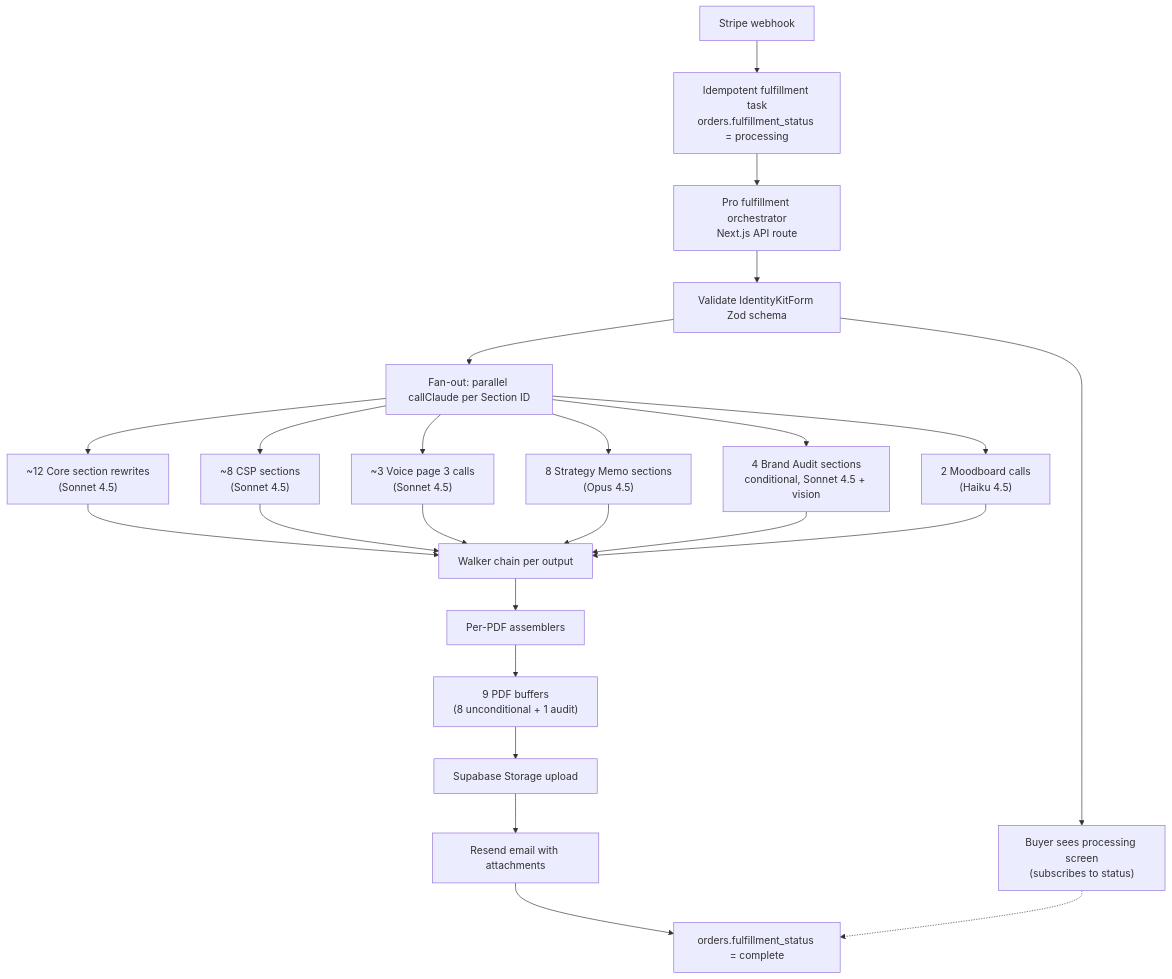
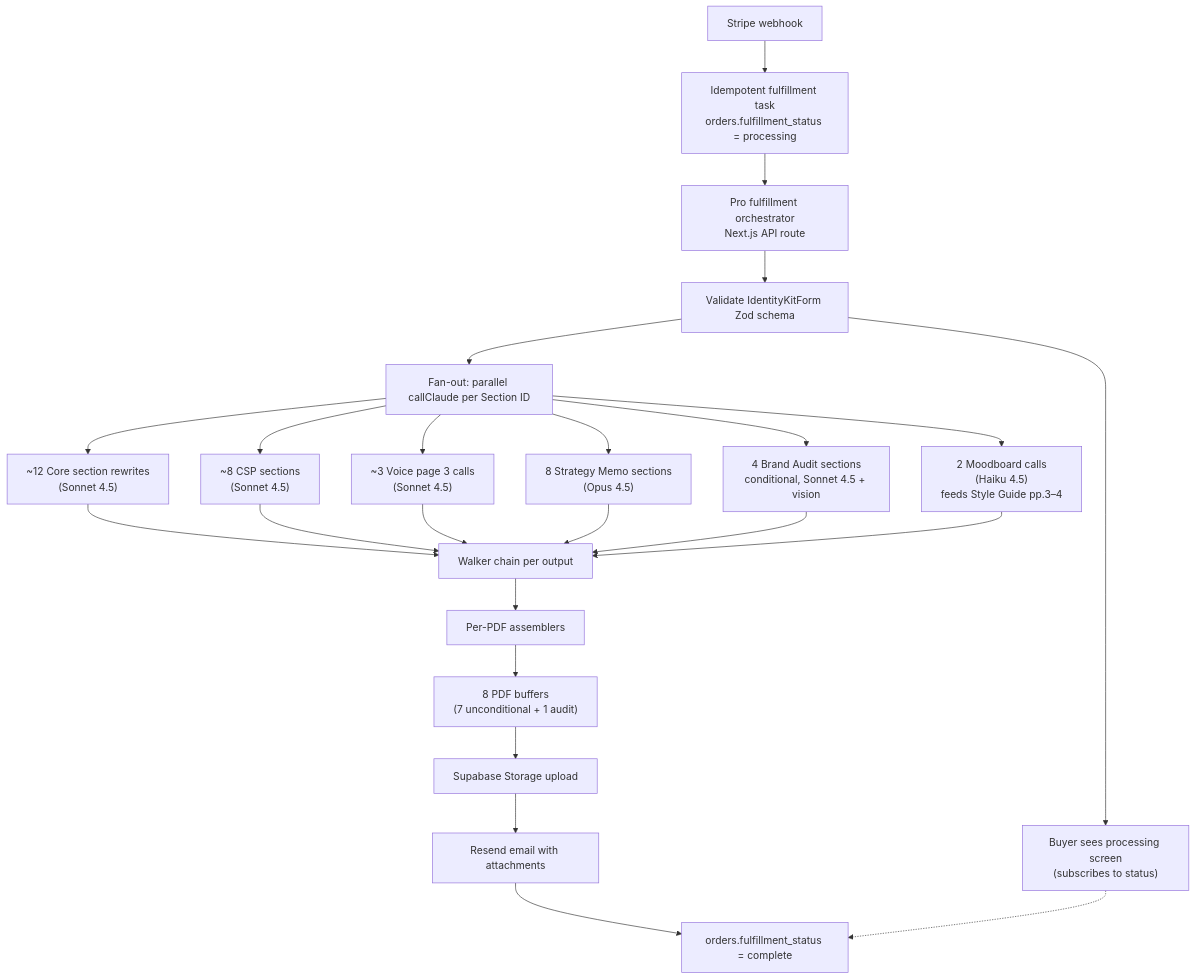
The diagram in docs/research/PRO_FULFILLMENT_ORCHESTRATION.md (harleyfan91/brand-alchemy-identity-kit), drawn with Mermaid before and after one commit. The commit also changed other lines of this file and 5 other files, not shown here.

First line of the commit message:
docs: merge moodboard into Style Guide and lock buyer-selection contract

````diff
--- a/docs/research/PRO_FULFILLMENT_ORCHESTRATION.md
+++ b/docs/research/PRO_FULFILLMENT_ORCHESTRATION.md
@@ -28,30 +28,30 @@
 ```mermaid
 flowchart TD
   Webhook[Stripe webhook] --> Idempotent[Idempotent fulfillment task<br/>orders.fulfillment_status = processing]
   Idempotent --> Orchestrator[Pro fulfillment orchestrator<br/>Next.js API route]
   Orchestrator --> Schema[Validate IdentityKitForm Zod schema]
   Schema --> ProcessingScreen["Buyer sees processing screen<br/>(subscribes to status)"]
   Schema --> FanOut[Fan-out: parallel callClaude per Section ID]
 
   FanOut --> CoreRewrites["~12 Core section rewrites<br/>(Sonnet 4.5)"]
   FanOut --> CSP["~8 CSP sections<br/>(Sonnet 4.5)"]
   FanOut --> Voice3["~3 Voice page 3 calls<br/>(Sonnet 4.5)"]
   FanOut --> Memo["8 Strategy Memo sections<br/>(Opus 4.5)"]
   FanOut --> Audit["4 Brand Audit sections<br/>conditional, Sonnet 4.5 + vision"]
-  FanOut --> Moodboard["2 Moodboard calls<br/>(Haiku 4.5)"]
+  FanOut --> Moodboard["2 Moodboard calls<br/>(Haiku 4.5)<br/>feeds Style Guide pp.3–4"]
 
   CoreRewrites --> Walkers[Walker chain per output]
   CSP --> Walkers
   Voice3 --> Walkers
   Memo --> Walkers
   Audit --> Walkers
   Moodboard --> Walkers
 
   Walkers --> Assemblers[Per-PDF assemblers]
-  Assemblers --> PDFs["9 PDF buffers<br/>(8 unconditional + 1 audit)"]
+  Assemblers --> PDFs["8 PDF buffers<br/>(7 unconditional + 1 audit)"]
   PDFs --> Storage[Supabase Storage upload]
   Storage --> Email[Resend email with attachments]
   Email --> Complete[orders.fulfillment_status = complete]
 
   ProcessingScreen -.-> Complete
 ```
````
